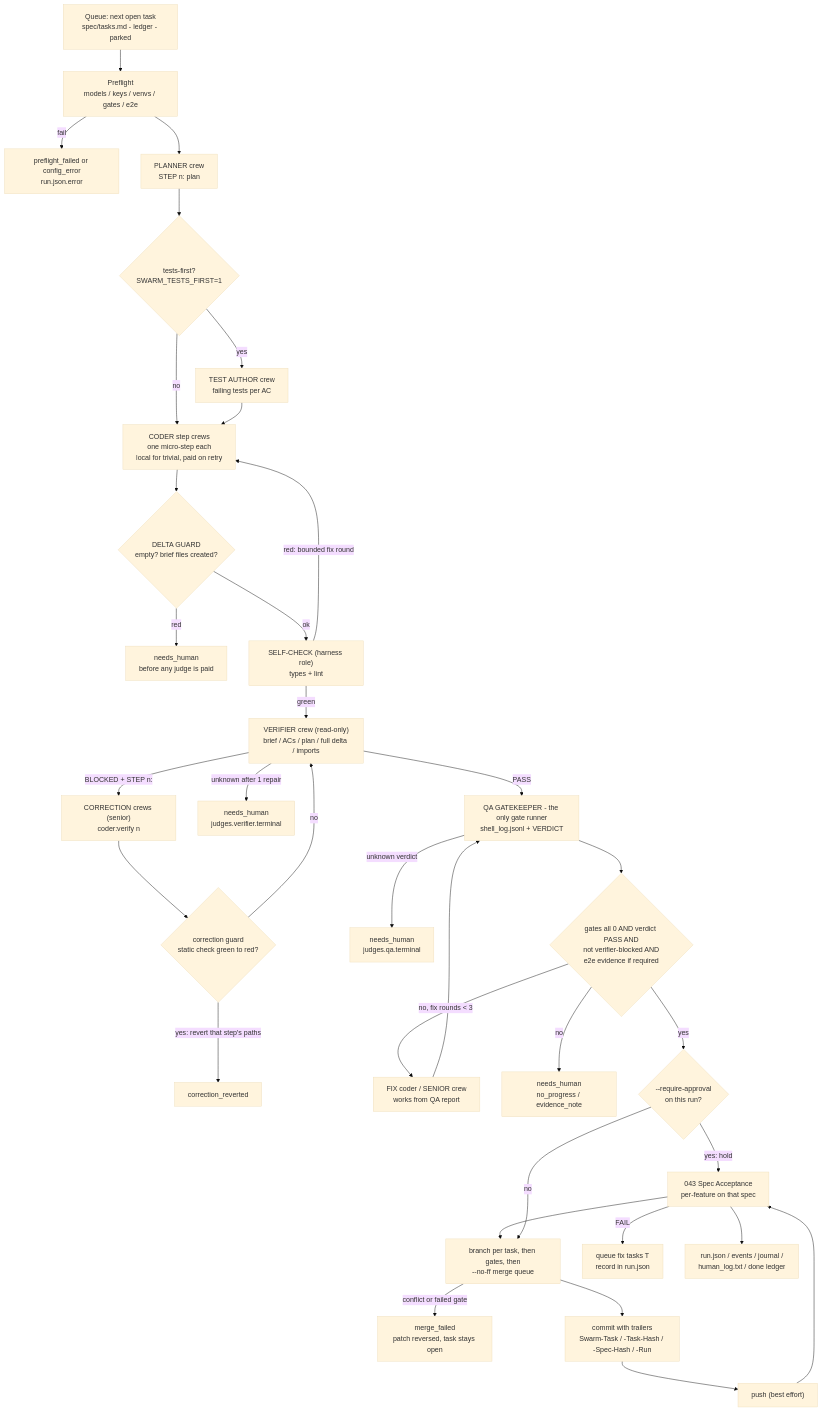
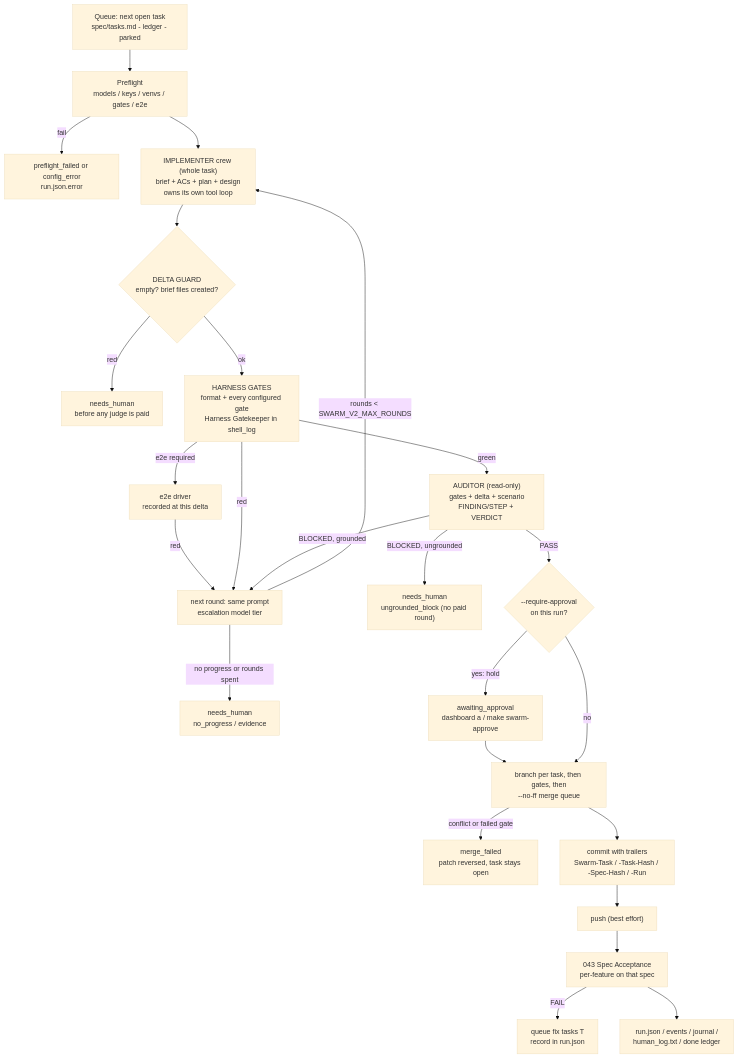
Before and after one commit to handleman/handleman-hq: the diagram in docs/how-it-works.md, drawn with Mermaid (base theme). The commit also changed other lines of this file and 30 other files, not shown here.

First line of the commit message:
swarm v2: one implementer, deterministic gates, one auditor (061)

````diff
--- a/docs/how-it-works.md
+++ b/docs/how-it-works.md
@@ -63,36 +69,27 @@
 ```mermaid
 flowchart TD
     Q["Queue: next open task<br/>spec/tasks.md - ledger - parked"] --> P["Preflight<br/>models / keys / venvs / gates / e2e"]
     P -->|"fail"| PF["preflight_failed or config_error<br/>run.json.error"]
-    P --> PL["PLANNER crew<br/>STEP n: plan"]
-    PL --> TF{"tests-first?<br/>SWARM_TESTS_FIRST=1"}
-    TF -->|"yes"| TA["TEST AUTHOR crew<br/>failing tests per AC"]
-    TF -->|"no"| C
-    TA --> C["CODER step crews<br/>one micro-step each<br/>local for trivial, paid on retry"]
-    C --> DG{"DELTA GUARD<br/>empty? brief files created?"}
+    P --> I["IMPLEMENTER crew (whole task)<br/>brief + ACs + plan + design<br/>owns its own tool loop"]
+    I --> DG{"DELTA GUARD<br/>empty? brief files created?"}
     DG -->|"red"| NH1["needs_human<br/>before any judge is paid"]
-    DG -->|"ok"| SC["SELF-CHECK (harness role)<br/>types + lint"]
-    SC -->|"red: bounded fix round"| C
-    SC -->|"green"| V["VERIFIER crew (read-only)<br/>brief / ACs / plan / full delta / imports"]
-    V -->|"BLOCKED + STEP n:"| CC["CORRECTION crews (senior)<br/>coder:verify n"]
-    CC --> CG{"correction guard<br/>static check green to red?"}
-    CG -->|"yes: revert that step's paths"| NH2["correction_reverted"]
-    CG -->|"no"| V
-    V -->|"unknown after 1 repair"| NH3["needs_human<br/>judges.verifier.terminal"]
-    V -->|"PASS"| QA["QA GATEKEEPER - the only gate runner<br/>shell_log.jsonl + VERDICT"]
-    QA -->|"unknown verdict"| NH4["needs_human<br/>judges.qa.terminal"]
-    QA --> G{"gates all 0 AND verdict PASS AND<br/>not verifier-blocked AND<br/>e2e evidence if required"}
-    G -->|"no, fix rounds < 3"| F["FIX coder / SENIOR crew<br/>works from QA report"]
-    F --> QA
-    G -->|"no"| NH5["needs_human<br/>no_progress / evidence_note"]
-    G -->|"yes"| AU{"--require-approval<br/>on this run?"}
+    DG -->|"ok"| G["HARNESS GATES<br/>format + every configured gate<br/>Harness Gatekeeper in shell_log"]
+    G -->|"e2e required"| E["e2e driver<br/>recorded at this delta"]
+    E -->|"red"| R
+    G -->|"red"| R
+    G -->|"green"| A["AUDITOR (read-only)<br/>gates + delta + scenario<br/>FINDING/STEP + VERDICT"]
+    A -->|"BLOCKED, grounded"| R["next round: same prompt<br/>escalation model tier"]
+    R -->|"rounds < SWARM_V2_MAX_ROUNDS"| I
+    R -->|"no progress or rounds spent"| NH5["needs_human<br/>no_progress / evidence"]
+    A -->|"BLOCKED, ungrounded"| NH6["needs_human<br/>ungrounded_block (no paid round)"]
+    A -->|"PASS"| AU{"--require-approval<br/>on this run?"}
     AU -->|"yes: hold"| AP["awaiting_approval<br/>dashboard a / make swarm-approve"]
     AP --> BR
     AU -->|"no"| BR["branch per task, then gates, then<br/>--no-ff merge queue"]
     BR -->|"conflict or failed gate"| MF["merge_failed<br/>patch reversed, task stays open"]
     BR --> CM["commit with trailers<br/>Swarm-Task / -Task-Hash / -Spec-Hash / -Run"]
     CM --> PU["push (best effort)"]
-    PU --> AP["043 Spec Acceptance<br/>per-feature on that spec"]
-    AP -->|"FAIL"| QF["queue fix tasks T<n><br/>record in run.json"]
-    AP --> R["run.json / events / journal /<br/>human_log.txt / done ledger"]
+    PU --> AC["043 Spec Acceptance<br/>per-feature on that spec"]
+    AC -->|"FAIL"| QF["queue fix tasks T<n><br/>record in run.json"]
+    AC --> OUT["run.json / events / journal /<br/>human_log.txt / done ledger"]
 ```
````
